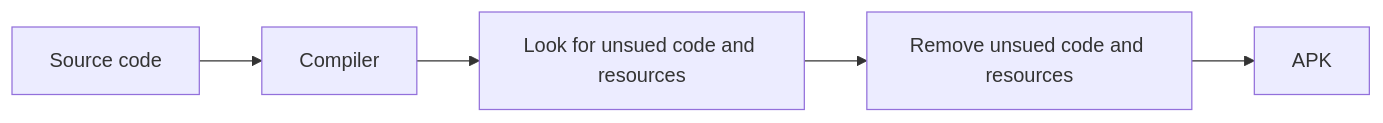
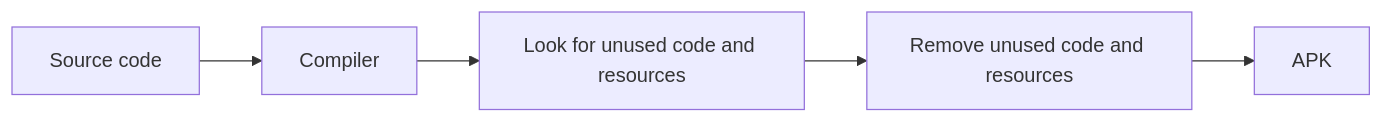
One commit to knighthat/Kreate-docs changed the second of 2 diagrams in docs/usr/FAQ/minified_and_full.mdx. Above: the diagram before and after it, drawn with Mermaid. The commit also changed other lines of this file and 14 other files, not shown here.

````diff
--- a/docs/usr/FAQ/minified_and_full.mdx
+++ b/docs/usr/FAQ/minified_and_full.mdx
@@ -32,4 +32,4 @@
 ```mermaid
 flowchart LR
-  A[Source code] --> B[Compiler] --> C[Look for unsued code and resources] --> D[Remove unsued code and resources] --> E[APK]
+  A[Source code] --> B[Compiler] --> C[Look for unused code and resources] --> D[Remove unused code and resources] --> E[APK]
 ```
````
